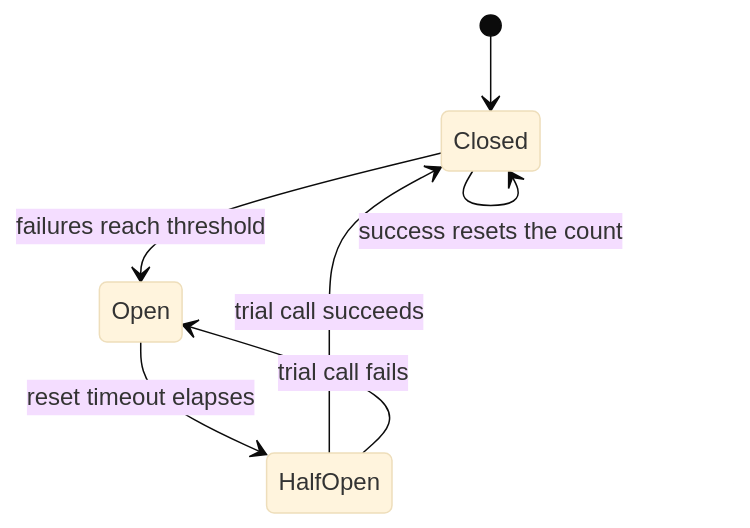
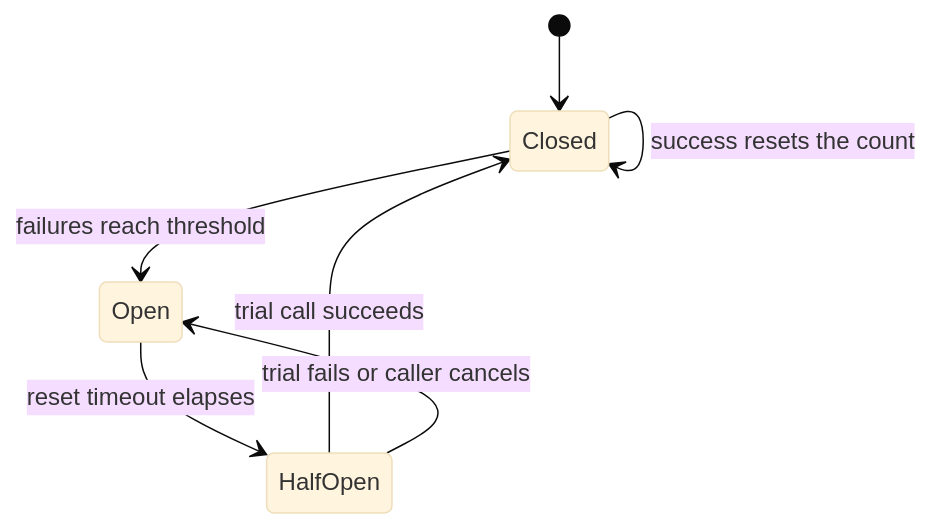
Before and after one commit to LuiGGi629/agentops-open-course: the third of 4 diagrams in docs/4. Quality/4.5. Guardrails.md, drawn with Mermaid (base theme). The commit also changed other lines of this file and 51 other files, not shown here.

````diff
--- a/docs/4. Quality/4.5. Guardrails.md
+++ b/docs/4. Quality/4.5. Guardrails.md
@@ -260,9 +264,9 @@
     ```mermaid
     stateDiagram-v2
         [*] --> Closed
         Closed --> Open: failures reach threshold
         Open --> HalfOpen: reset timeout elapses
         HalfOpen --> Closed: trial call succeeds
-        HalfOpen --> Open: trial call fails
+        HalfOpen --> Open: trial fails or caller cancels
         Closed --> Closed: success resets the count
     ```
````
